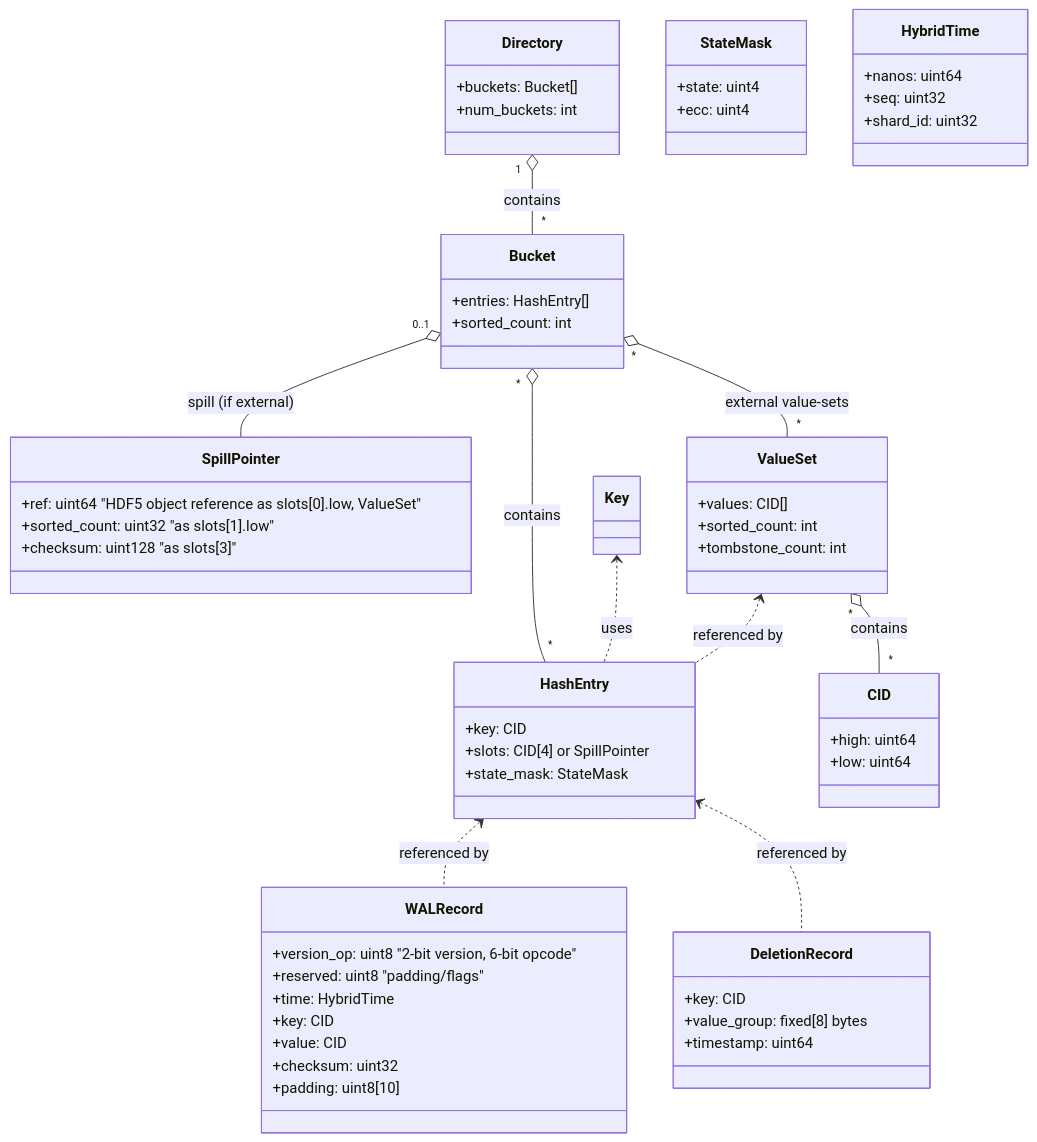
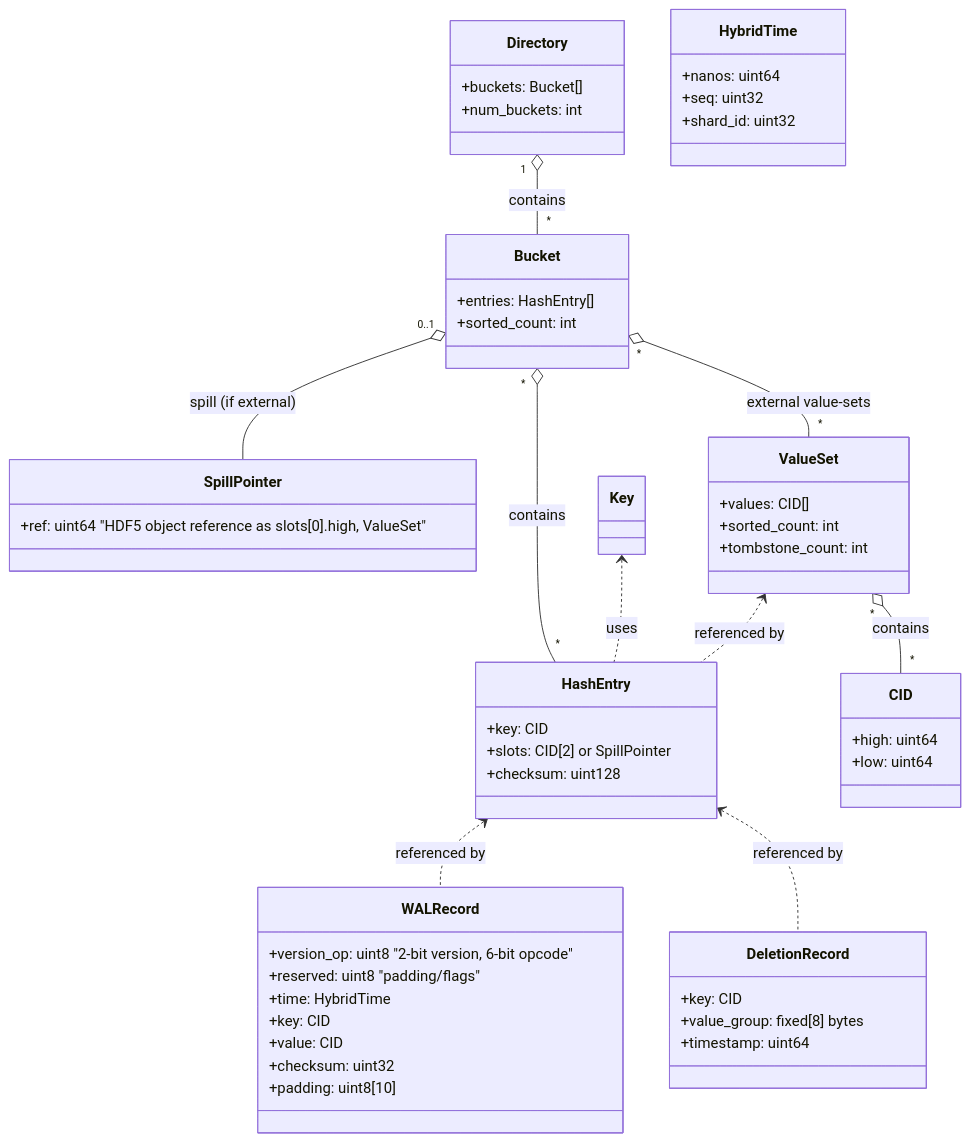
Before and after one commit to amogorkon/cidstore: the first of 2 diagrams in docs/spec 2 - Data Types and Structure.md, drawn with Mermaid. The commit also changed other lines of this file and 7 other files, not shown here.

````diff
--- a/docs/spec 2 - Data Types and Structure.md
+++ b/docs/spec 2 - Data Types and Structure.md
@@ -7,66 +7,60 @@
 ```mermaid
 classDiagram
     class Directory {
         +buckets: Bucket[]
         +num_buckets: int
     }
     class Bucket {
         +entries: HashEntry[]
         +sorted_count: int
     }
     class HashEntry {
         +key: CID
-        +slots: CID[4] or SpillPointer
-        +state_mask: StateMask
-    }
-    class StateMask {
-        +state: uint4
-        +ecc: uint4
+        +slots: CID[2] or SpillPointer
+        +checksum: uint128
     }
 
     class SpillPointer {
-        +ref: uint64 "HDF5 object reference as slots[0].low, ValueSet"
-        +sorted_count: uint32 "as slots[1].low"
-        +checksum: uint128 "as slots[3]"
+        +ref: uint64 "HDF5 object reference as slots[0].high, ValueSet"
     }
 
     class ValueSet {
         +values: CID[]
         +sorted_count: int
         +tombstone_count: int
     }
 
     class CID {
         +high: uint64
         +low: uint64
     }
 
     class WALRecord {
         +version_op: uint8 "2-bit version, 6-bit opcode"
         +reserved: uint8 "padding/flags"
         +time: HybridTime
         +key: CID
         +value: CID
         +checksum: uint32
         +padding: uint8[10]
     }
     class HybridTime {
         +nanos: uint64
         +seq: uint32
         +shard_id: uint32
     }
     class DeletionRecord {
         +key: CID
         +value_group: fixed[8] bytes
         +timestamp: uint64
     }
     Directory "1" o-- "*" Bucket : contains
     Bucket "*" o-- "*" HashEntry : contains
     Bucket "0..1" o-- SpillPointer : spill (if external)
     Bucket "*" o-- "*" ValueSet : external value-sets
     ValueSet "*" o-- "*" CID : contains
     Key <.. HashEntry : uses
     HashEntry <.. WALRecord : referenced by
     HashEntry <.. DeletionRecord : referenced by
     ValueSet <.. HashEntry : referenced by
 ```
````
